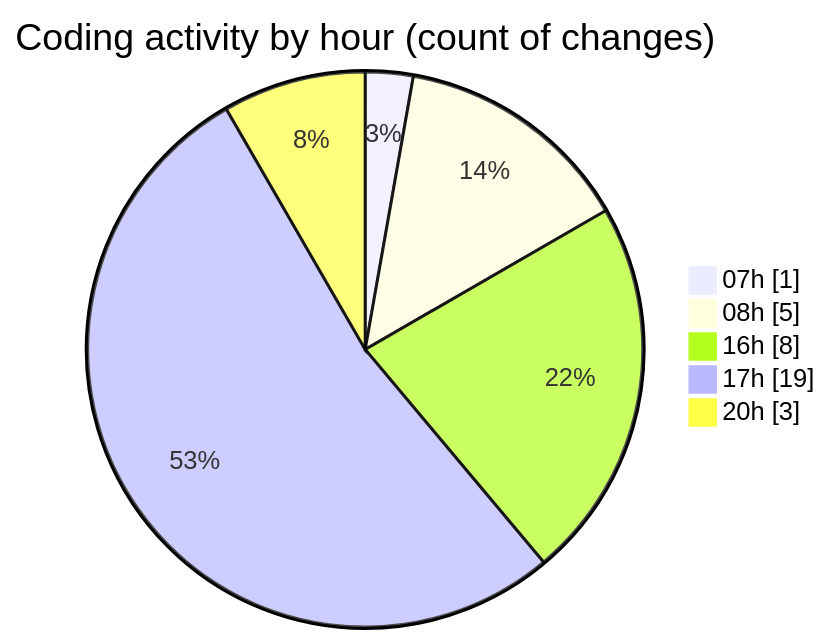
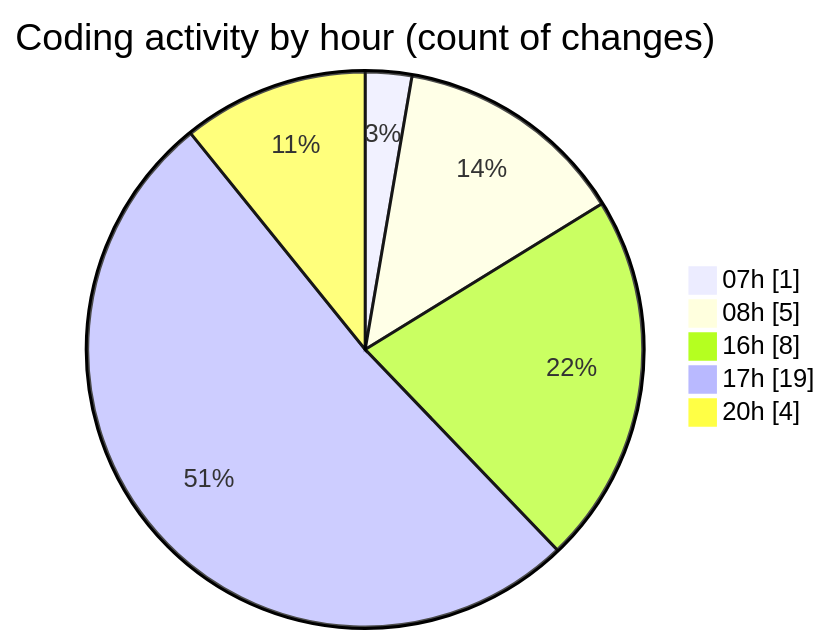
Before and after one commit to Elitesun/code-tracking: the second of 2 diagrams in 2025-02-13/elitegpt/README.md, drawn with Mermaid. The commit also changed other lines of this file and 1 other file, not shown here.

````diff
--- a/2025-02-13/elitegpt/README.md
+++ b/2025-02-13/elitegpt/README.md
@@ -36,9 +36,9 @@
 ```mermaid
 pie showData
 title Coding activity by hour (count of changes)
 "07h" : 1
 "08h" : 5
 "16h" : 8
 "17h" : 19
-"20h" : 3
+"20h" : 4
 ```
````
